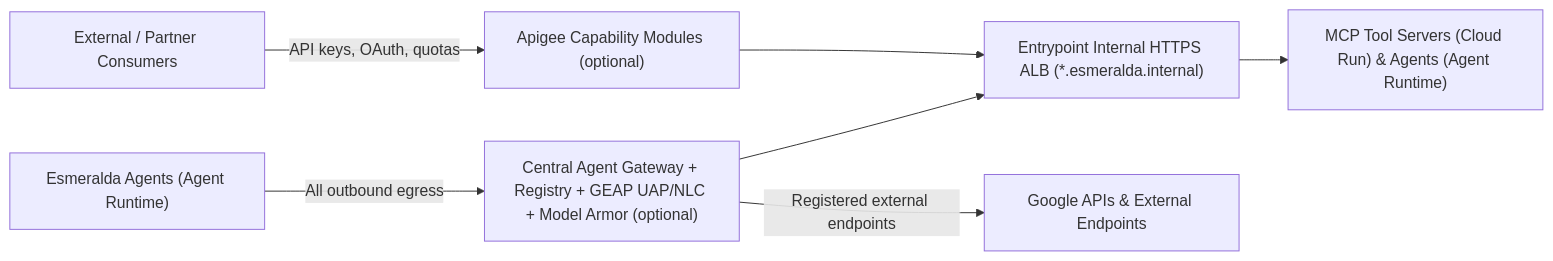
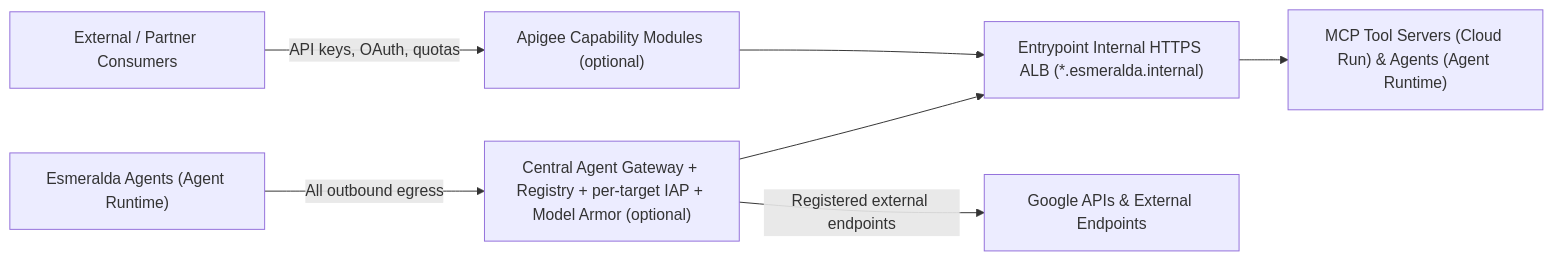
Before and after one commit to google/esmeralda: the first of 3 diagrams in docs/src/3-agentops-and-lifecycle/04-capability-based-governance.md, drawn with Mermaid. The commit also changed other lines of this file and 15 other files, not shown here.

````diff
--- a/docs/src/3-agentops-and-lifecycle/04-capability-based-governance.md
+++ b/docs/src/3-agentops-and-lifecycle/04-capability-based-governance.md
@@ -44,9 +44,9 @@
 ```mermaid
 flowchart LR
     P["External / Partner Consumers"] -->|"API keys, OAuth, quotas"| AX["Apigee Capability Modules (optional)"]
     AX --> EP["Entrypoint Internal HTTPS ALB (*.esmeralda.internal)"]
     EP --> W["MCP Tool Servers (Cloud Run) & Agents (Agent Runtime)"]
-    O["Esmeralda Agents (Agent Runtime)"] -->|"All outbound egress"| AGW["Central Agent Gateway + Registry + GEAP UAP/NLC + Model Armor (optional)"]
+    O["Esmeralda Agents (Agent Runtime)"] -->|"All outbound egress"| AGW["Central Agent Gateway + Registry + per-target IAP + Model Armor (optional)"]
     AGW --> EP
     AGW -->|"Registered external endpoints"| EXT["Google APIs & External Endpoints"]
 ```
````
